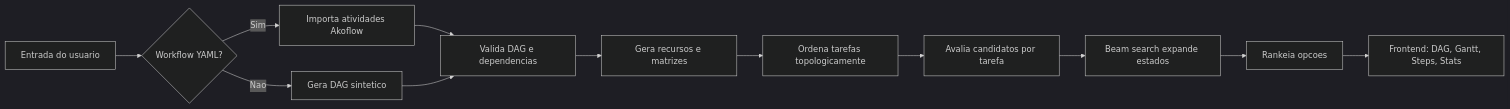
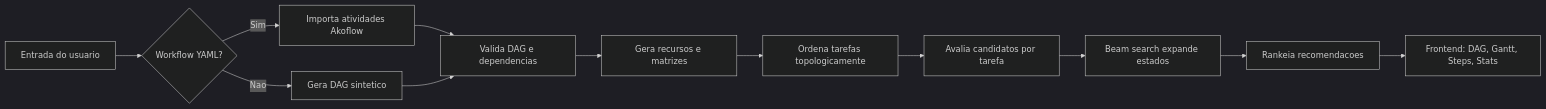
The first of 7 diagrams in doc/README.md (UFFeScience/akoflow-scheduler-simulator), drawn with Mermaid (dark theme) before and after one commit. The commit also changed other lines of this file and 26 other files, not shown here.

````diff
--- a/doc/README.md
+++ b/doc/README.md
@@ -16,14 +16,14 @@
 ```mermaid
 flowchart LR
     A[Entrada do usuario] --> B{Workflow YAML?}
     B -->|Sim| C[Importa atividades Akoflow]
     B -->|Nao| D[Gera DAG sintetico]
     C --> E[Valida DAG e dependencias]
     D --> E
     E --> F[Gera recursos e matrizes]
     F --> G[Ordena tarefas topologicamente]
     G --> H[Avalia candidatos por tarefa]
     H --> I[Beam search expande estados]
-    I --> J[Rankeia opcoes]
+    I --> J[Rankeia recomendacoes]
     J --> K[Frontend: DAG, Gantt, Steps, Stats]
 ```
````
